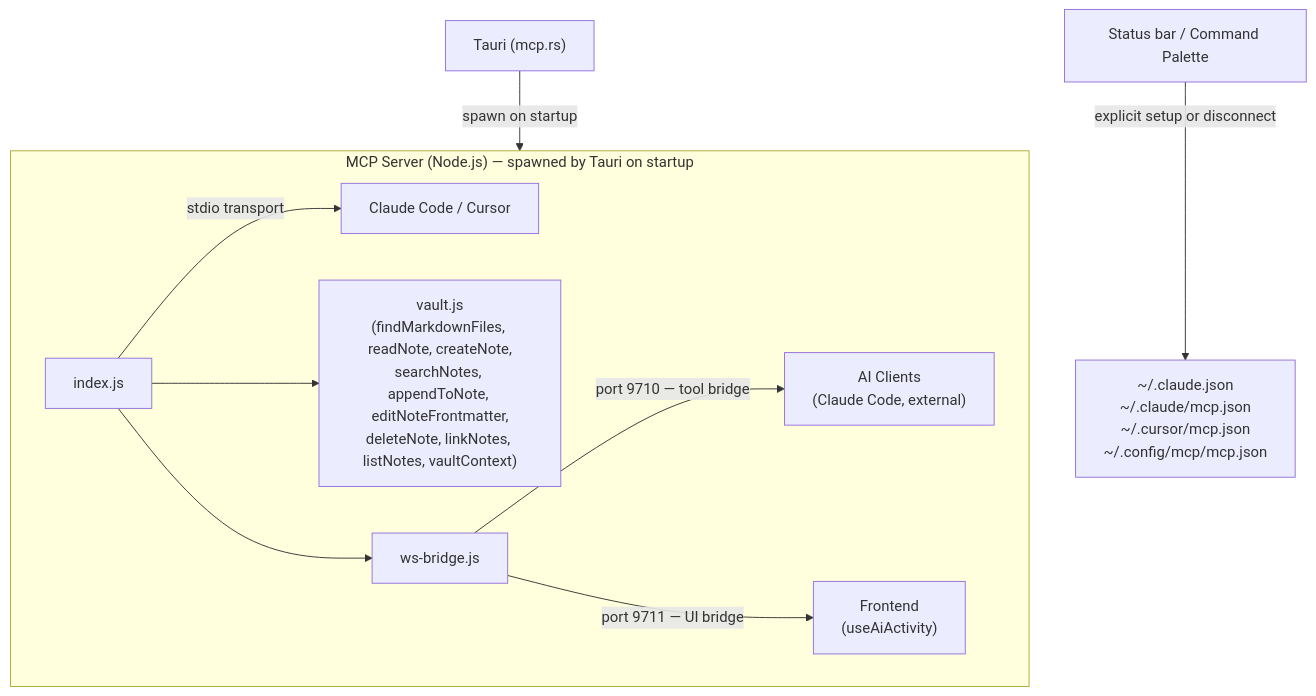
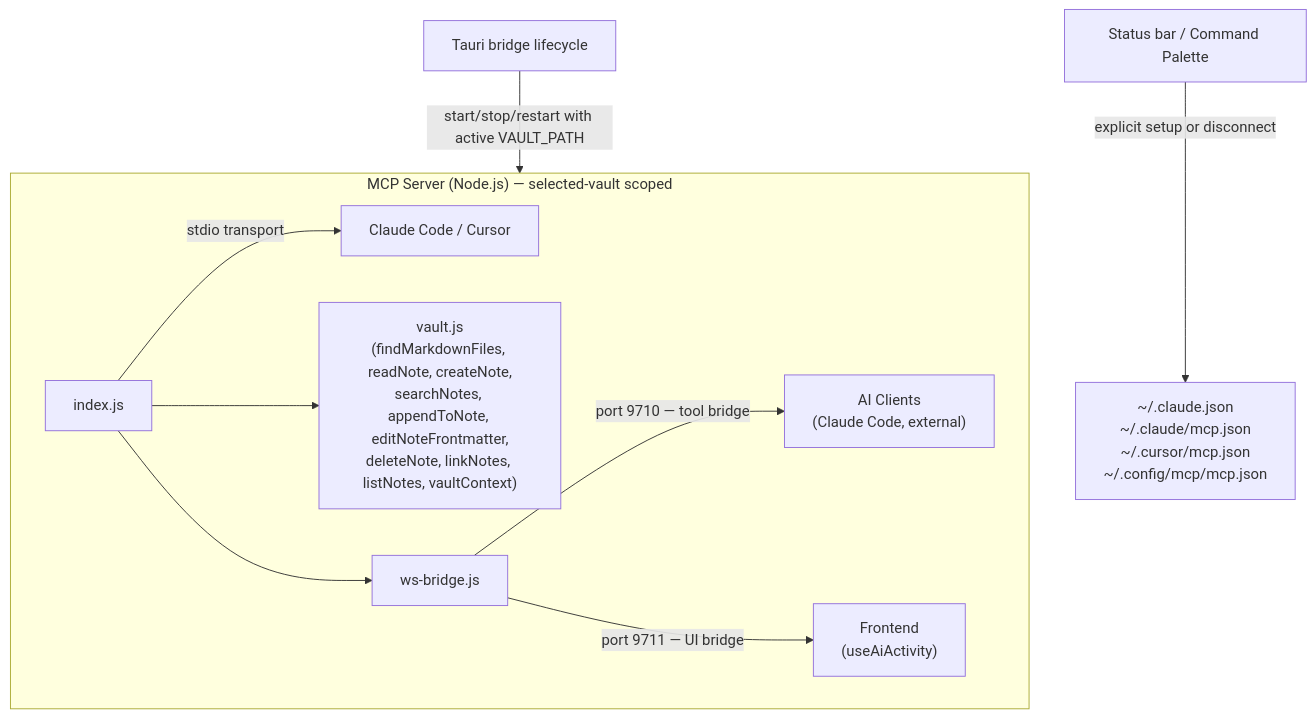
The fourth of 10 diagrams in docs/ARCHITECTURE.md (aimeritething/Fuwa), drawn with Mermaid before and after one commit. The commit also changed other lines of this file and 11 other files, not shown here.

Commit message:
fix: use selected vault for mcp bridge

````diff
--- a/docs/ARCHITECTURE.md
+++ b/docs/ARCHITECTURE.md
@@ -334,17 +334,17 @@
 ```mermaid
 flowchart TD
-    subgraph MCP["MCP Server (Node.js) — spawned by Tauri on startup"]
+    subgraph MCP["MCP Server (Node.js) — selected-vault scoped"]
         IDX["index.js"]
         VAULT["vault.js\n(findMarkdownFiles, readNote, createNote,\nsearchNotes, appendToNote, editNoteFrontmatter,\ndeleteNote, linkNotes, listNotes, vaultContext)"]
         WSB["ws-bridge.js"]
 
         IDX -->|"stdio transport"| STDIO["Claude Code / Cursor"]
         IDX --> VAULT
         IDX --> WSB
         WSB -->|"port 9710 — tool bridge"| AI["AI Clients\n(Claude Code, external)"]
         WSB -->|"port 9711 — UI bridge"| FE["Frontend\n(useAiActivity)"]
     end
 
-    TAURI["Tauri (mcp.rs)"] -->|"spawn on startup"| MCP
+    TAURI["Tauri bridge lifecycle"] -->|"start/stop/restart with active VAULT_PATH"| MCP
     UI["Status bar / Command Palette"] -->|"explicit setup or disconnect"| CFG["~/.claude.json\n~/.claude/mcp.json\n~/.cursor/mcp.json\n~/.config/mcp/mcp.json"]
 ```
````
